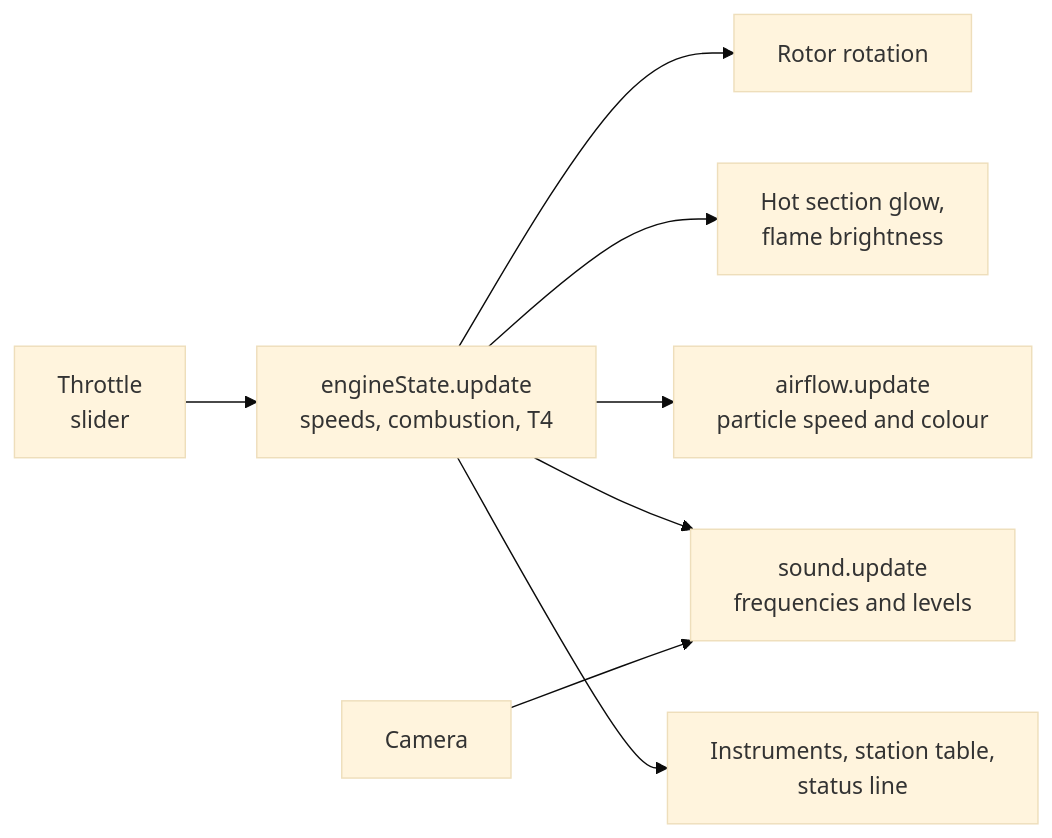
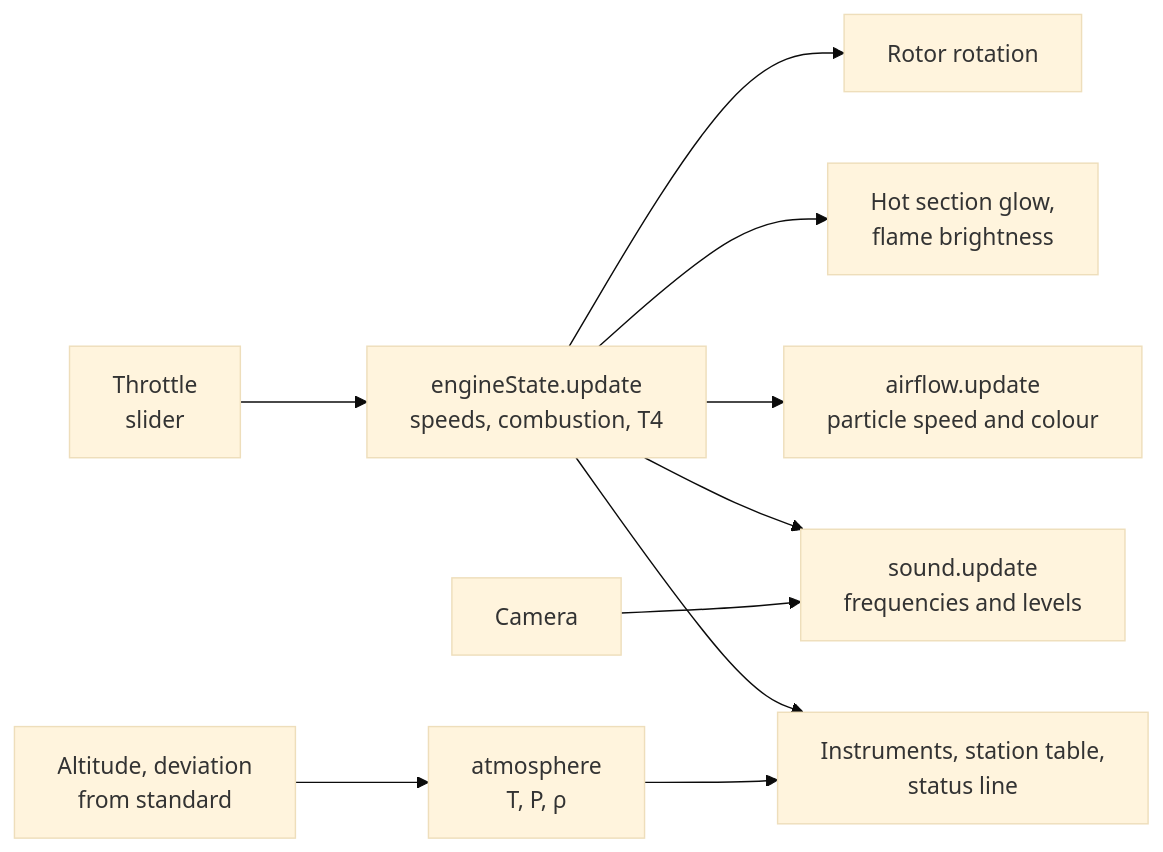
One commit to jubbon/jet-engine-3d changed the second of 2 diagrams in docs/01-architecture.md. Above: the diagram before and after it, drawn with Mermaid (base theme). The commit also changed other lines of this file and 13 other files, not shown here.

````diff
--- a/docs/01-architecture.md
+++ b/docs/01-architecture.md
@@ -53,10 +60,11 @@
 ```mermaid
 flowchart LR
   R[Throttle<br/>slider] --> ES[engineState.update<br/>speeds, combustion, T4]
   ES --> ROT[Rotor rotation]
   ES --> GL[Hot section glow,<br/>flame brightness]
   ES --> AF[airflow.update<br/>particle speed and colour]
   ES --> SND[sound.update<br/>frequencies and levels]
   ES --> UI[Instruments, station table,<br/>status line]
+  AMB[Altitude, deviation<br/>from standard] --> AT[atmosphere<br/>T, P, ρ] --> UI
   CAM[Camera] --> SND
 ```
````
